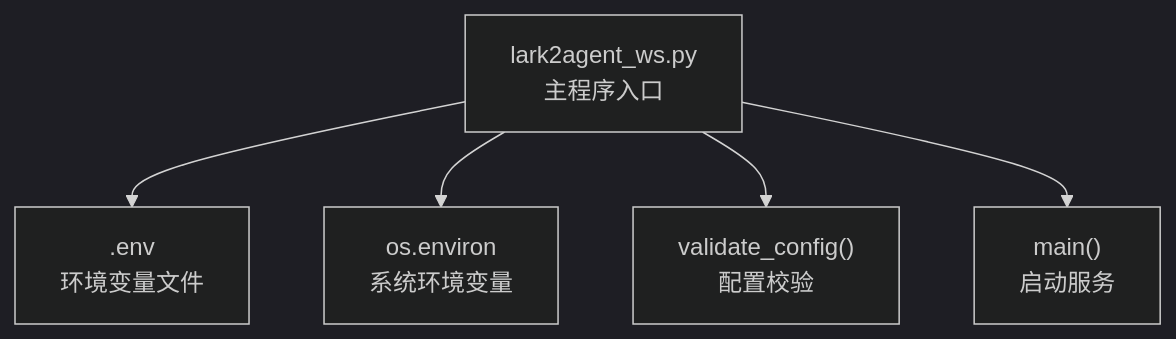
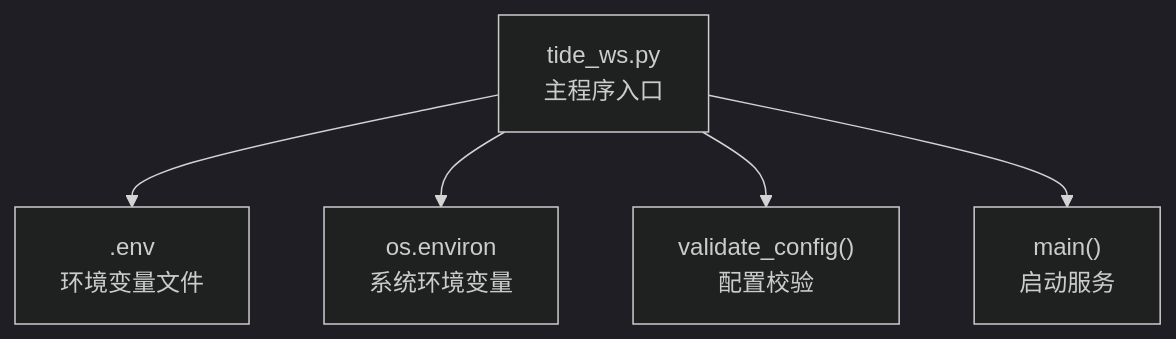
The diagram in .qoder/repowiki/zh/content/配置和环境/环境变量配置.md (winditer/tide), drawn with Mermaid (dark theme) before and after one commit. The commit also changed other lines of this file and 260 other files, not shown here.

````diff
--- a/.qoder/repowiki/zh/content/配置和环境/环境变量配置.md
+++ b/.qoder/repowiki/zh/content/配置和环境/环境变量配置.md
@@ -33,7 +33,7 @@
 ```mermaid
 graph TB
-A["lark2agent_ws.py<br/>主程序入口"] --> B[".env<br/>环境变量文件"]
+A["tide_ws.py<br/>主程序入口"] --> B[".env<br/>环境变量文件"]
 A --> C["os.environ<br/>系统环境变量"]
 A --> D["validate_config()<br/>配置校验"]
 A --> E["main()<br/>启动服务"]
 ```
````
